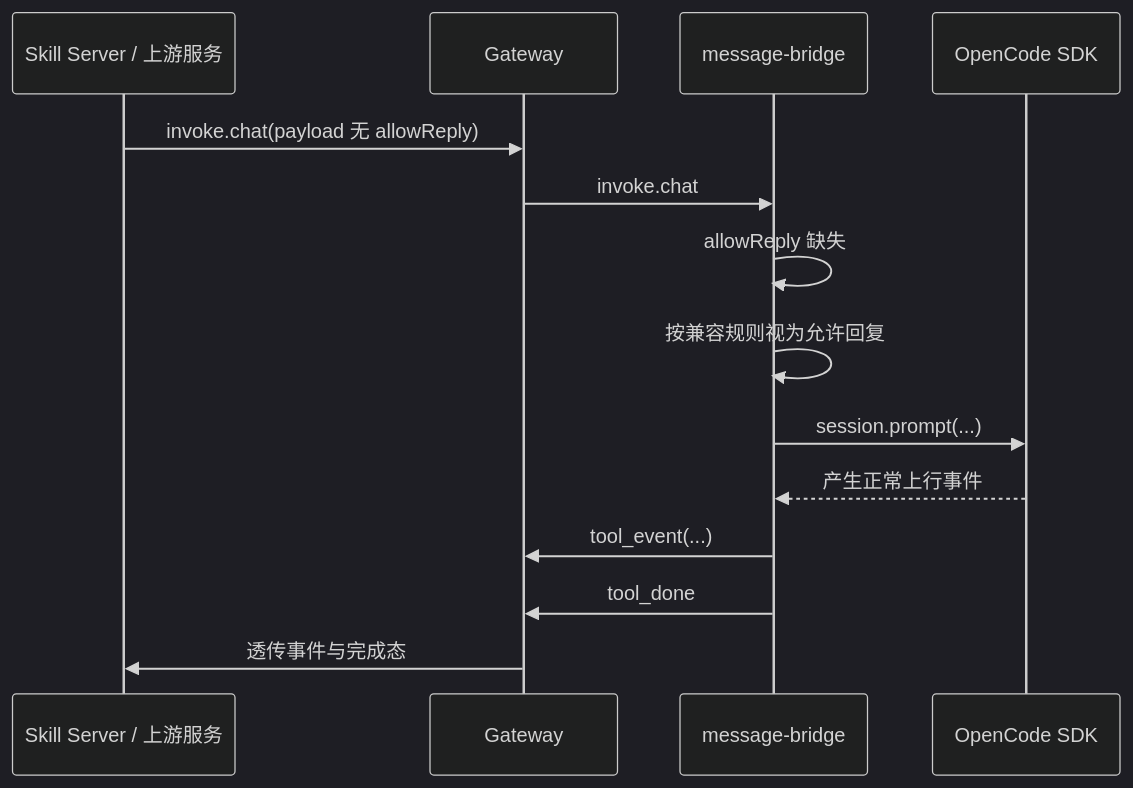
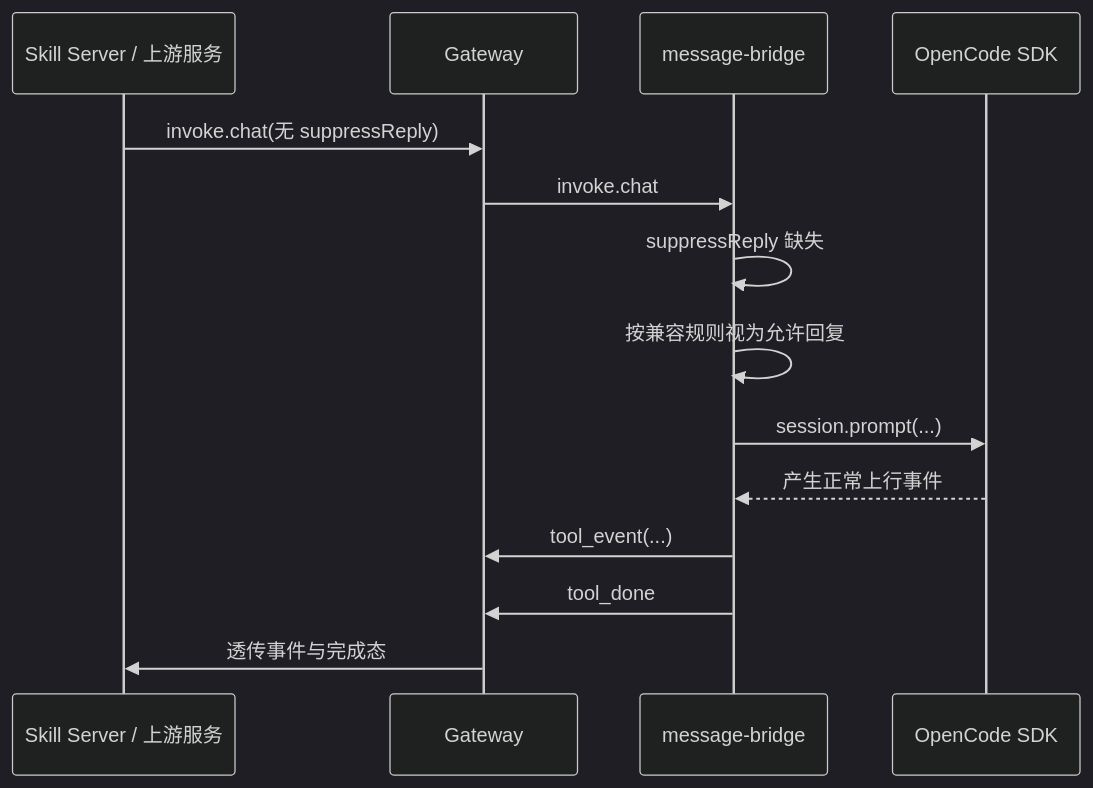
The third of 3 diagrams in plugins/message-bridge/docs/design/group-chat-reply-control-design.md (yuzhangCZ/agent-plugin), drawn with Mermaid (dark theme) before and after one commit. The commit also changed other lines of this file and 6 other files, not shown here.

Commit message:
fix(message-bridge): align deny flag with suppressReply

````diff
--- a/plugins/message-bridge/docs/design/group-chat-reply-control-design.md
+++ b/plugins/message-bridge/docs/design/group-chat-reply-control-design.md
@@ -362,17 +371,17 @@
 ```mermaid
 sequenceDiagram
   participant SS as Skill Server / 上游服务
   participant GW as Gateway
   participant MB as message-bridge
   participant OC as OpenCode SDK
 
-  SS->>GW: invoke.chat(payload 无 allowReply)
+  SS->>GW: invoke.chat(无 suppressReply)
   GW->>MB: invoke.chat
-  MB->>MB: allowReply 缺失
+  MB->>MB: suppressReply 缺失
   MB->>MB: 按兼容规则视为允许回复
   MB->>OC: session.prompt(...)
   OC-->>MB: 产生正常上行事件
   MB->>GW: tool_event(...)
   MB->>GW: tool_done
   GW->>SS: 透传事件与完成态
 ```
````
